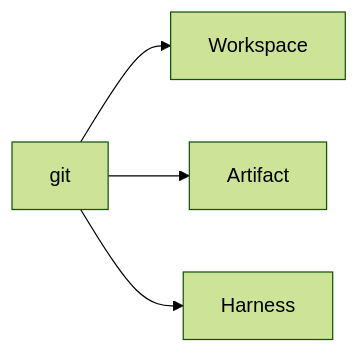
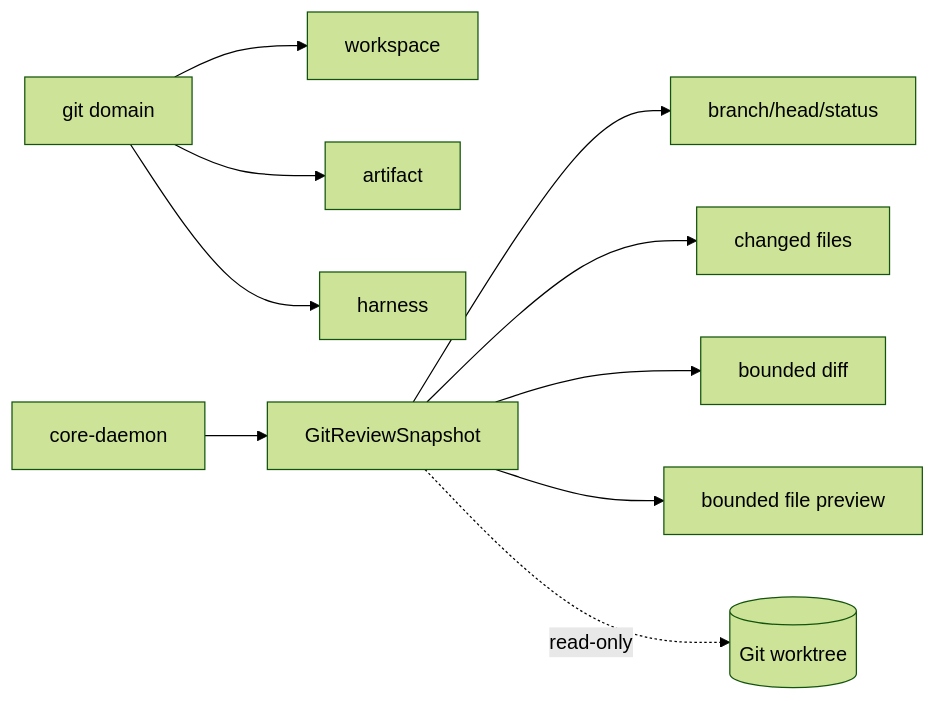
Before and after one commit to AmirTlinov/OpenSlop: the diagram in domains/git/docs/context.mmd, drawn with Mermaid (forest theme). The commit also changed 30 other files, not shown here.

Commit message:
Add S06a read-only git review surface

```diff
--- a/domains/git/docs/context.mmd
+++ b/domains/git/docs/context.mmd
@@ -1,5 +1,12 @@
 flowchart LR
-        Git[git]
-        Git --> Workspace
-Git --> Artifact
-Git --> Harness
+    Git[git domain] --> Workspace[workspace]
+    Git --> Artifact[artifact]
+    Git --> Harness[harness]
+
+    Daemon[core-daemon] --> Snapshot[GitReviewSnapshot]
+    Snapshot --> Status[branch/head/status]
+    Snapshot --> Files[changed files]
+    Snapshot --> Diff[bounded diff]
+    Snapshot --> Preview[bounded file preview]
+
+    Snapshot -. read-only .-> Worktree[(Git worktree)]
```
